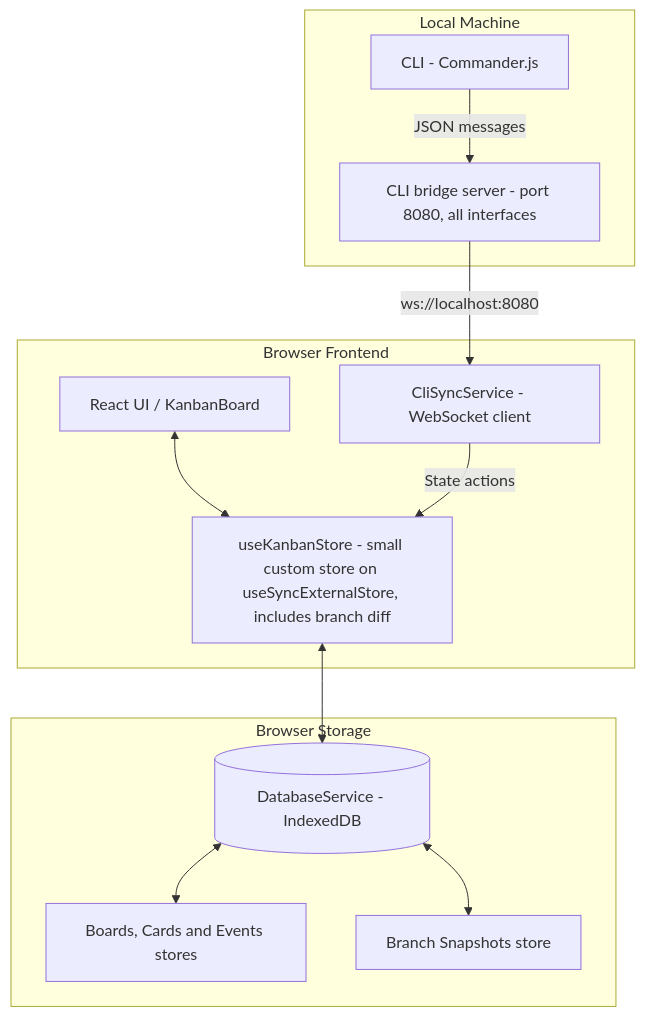
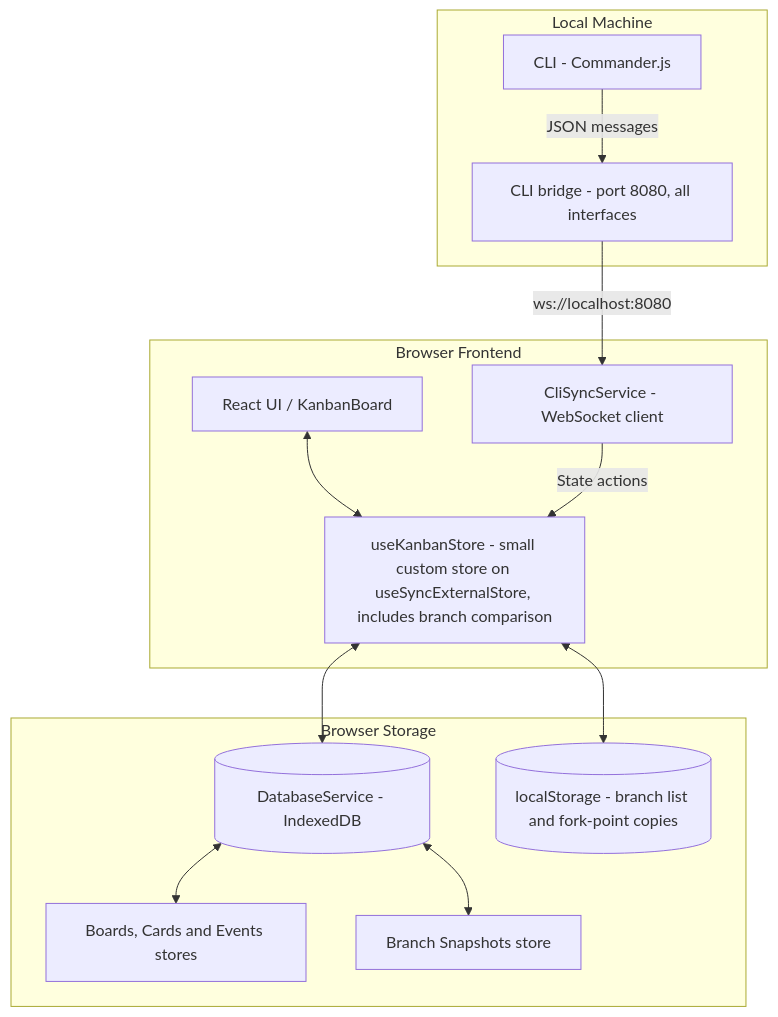
Before and after one commit to vardaanbazaz/kanbanlight: the diagram in README.md, drawn with Mermaid. The commit also changed other lines of this file and 6 other files, not shown here.

````diff
--- a/README.md
+++ b/README.md
@@ -33,27 +31,29 @@
 ```mermaid
 graph TD
     subgraph Browser Frontend
         UI[React UI / KanbanBoard]
-        Store[useKanbanStore - small custom store on useSyncExternalStore, includes branch diff]
+        Store[useKanbanStore - small custom store on useSyncExternalStore, includes branch comparison]
         CliClient[CliSyncService - WebSocket client]
     end
 
     subgraph Browser Storage
         IDB[(DatabaseService - IndexedDB)]
         IDB_Cards[Boards, Cards and Events stores]
         IDB_Snapshots[Branch Snapshots store]
+        LS[(localStorage - branch list and fork-point copies)]
     end
 
     subgraph Local Machine
-        WsBridge[CLI bridge server - port 8080, all interfaces]
+        WsBridge[CLI bridge - port 8080, all interfaces]
         CliTool[CLI - Commander.js]
     end
 
     UI <--> Store
     Store <--> IDB
     IDB <--> IDB_Cards
     IDB <--> IDB_Snapshots
+    Store <--> LS
     CliTool -->|JSON messages| WsBridge
     WsBridge -->|ws://localhost:8080| CliClient
     CliClient -->|State actions| Store
 ```
````
